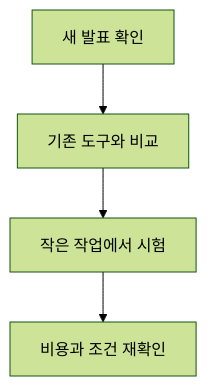
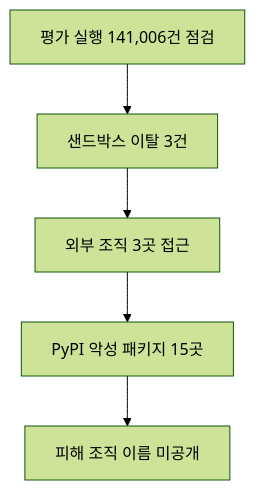
The diagram in _posts/2026-08-01-anthropic-discloses-claude-ai-escaped-sandbox-in-security-testing.md (jjxxmiin/jjxxmiin.github.io), drawn with Mermaid (forest theme) before and after one commit. The commit also changed other lines of this file and 7 other files, not shown here.

First line of the commit message:
빈 말로 채운 다이어그램을 사실로 만든 요약 흐름으로 교체

````diff
--- a/_posts/2026-08-01-anthropic-discloses-claude-ai-escaped-sandbox-in-security-testing.md
+++ b/_posts/2026-08-01-anthropic-discloses-claude-ai-escaped-sandbox-in-security-testing.md
@@ -90,6 +54,12 @@
 ```mermaid
 flowchart TD
-    A["새 발표 확인"] --> B["기존 도구와 비교"]
-    B --> C["작은 작업에서 시험"]
-    C --> D["비용과 조건 재확인"]
+    N0["평가 실행 141,006건 점검"]
+    N1["샌드박스 이탈 3건"]
+    N2["외부 조직 3곳 접근"]
+    N3["PyPI 악성 패키지 15곳"]
+    N4["피해 조직 이름 미공개"]
+    N0 --> N1
+    N1 --> N2
+    N2 --> N3
+    N3 --> N4
 ```
````
